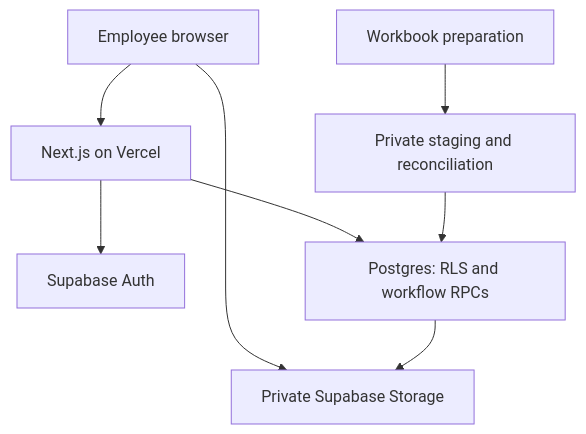
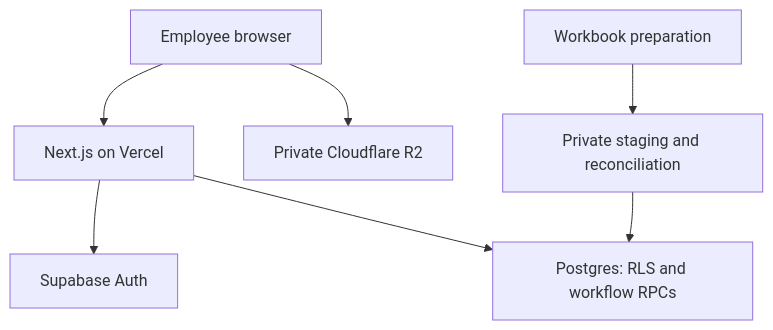
One commit to Leonard-Data/SGN-Inventory changed the diagram in docs/architecture.md. Above: the diagram before and after it, drawn with Mermaid. The commit also changed other lines of this file and 5 other files, not shown here.

````diff
--- a/docs/architecture.md
+++ b/docs/architecture.md
@@ -9,10 +9,9 @@
 ```mermaid
 flowchart TD
   E["Employee browser"] --> N["Next.js on Vercel"]
   N --> A["Supabase Auth"]
   N --> P["Postgres: RLS and workflow RPCs"]
-  E --> S["Private Supabase Storage"]
-  P --> S
+  E --> S["Private Cloudflare R2"]
   W["Workbook preparation"] --> R["Private staging and reconciliation"]
   R --> P
 ```
````
